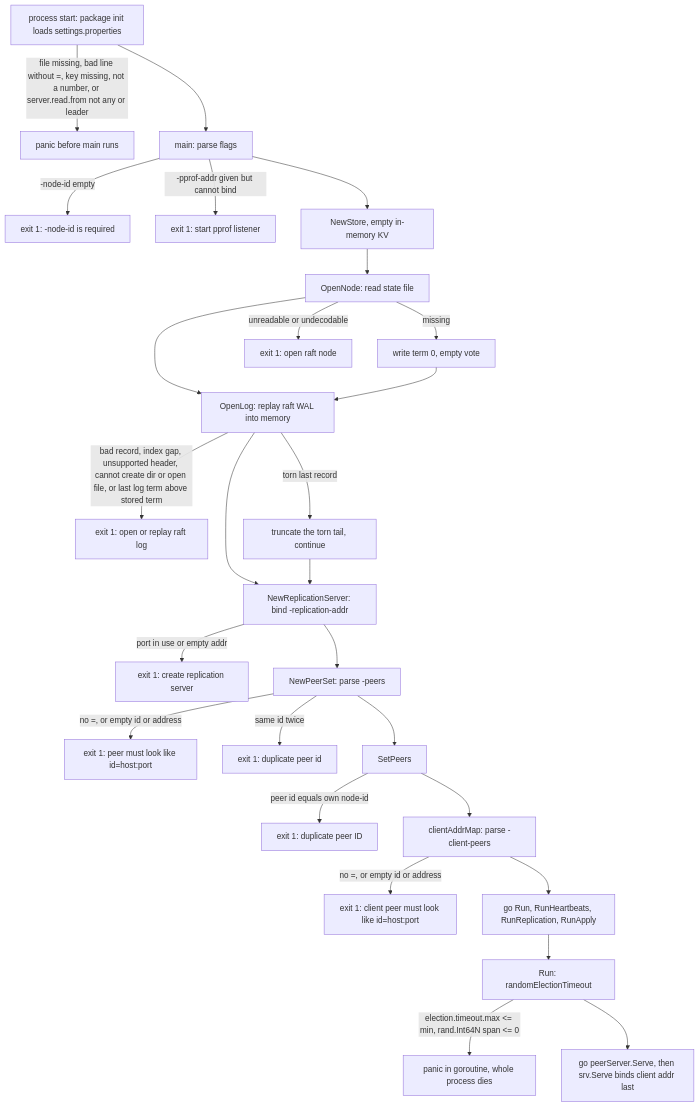
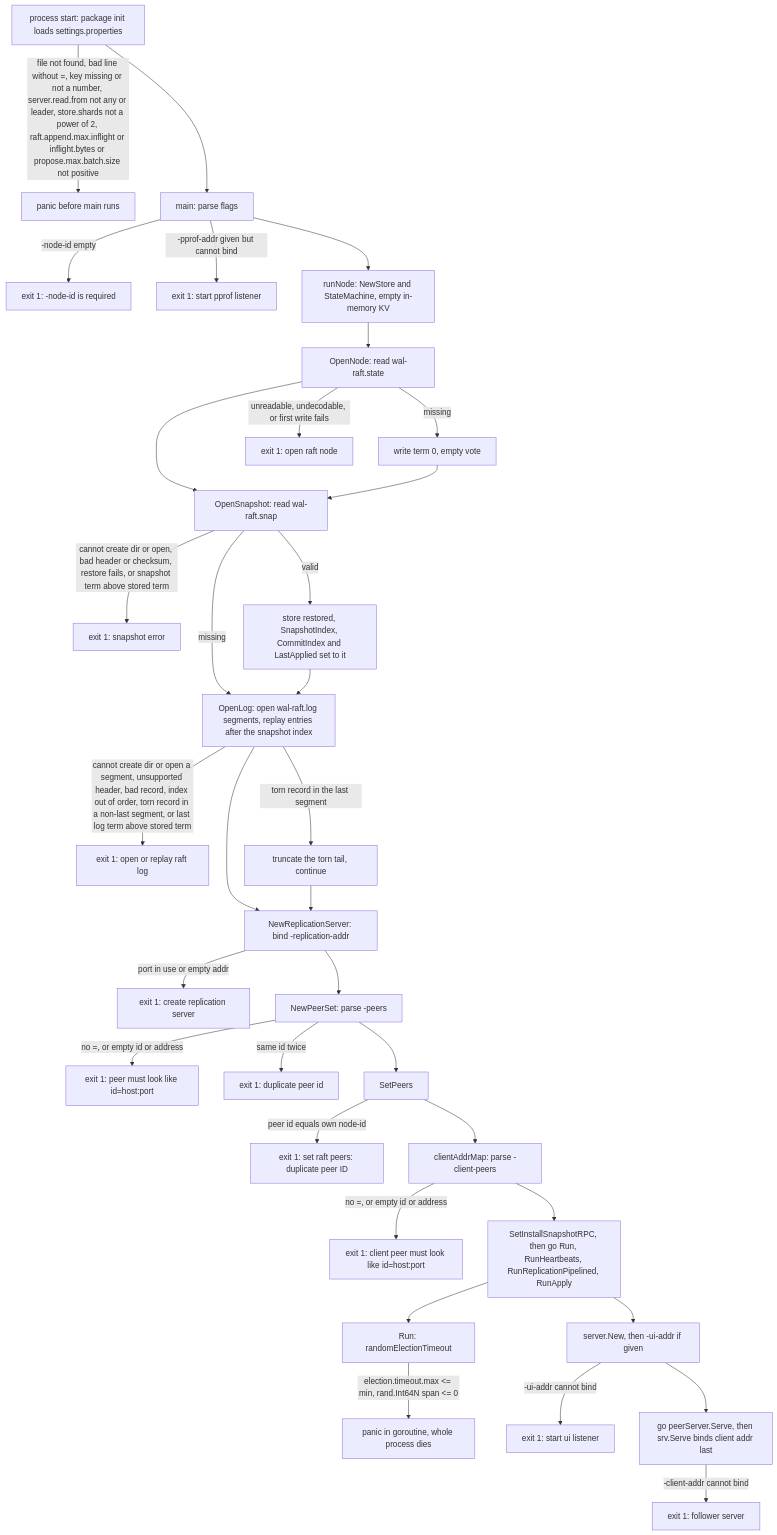
One commit to Tarun-Elango/hobbyDB changed the second of 8 diagrams in flow/4. cluster-startup-cases.md. Above: the diagram before and after it, drawn with Mermaid. The commit also changed other lines of this file and 8 other files, not shown here.

Commit message:
udpating results and state diagrams

````diff
--- a/flow/4. cluster-startup-cases.md
+++ b/flow/4. cluster-startup-cases.md
@@ -41,29 +45,36 @@
 ```mermaid
 flowchart TD
-    P0["process start: package init loads settings.properties"] -->|"file missing, bad line without =, key missing, not a number, or server.read.from not any or leader"| X0["panic before main runs"]
+    P0["process start: package init loads settings.properties"] -->|"file not found, bad line without =, key missing or not a number, server.read.from not any or leader, store.shards not a power of 2, raft.append.max.inflight or inflight.bytes or propose.max.batch.size not positive"| X0["panic before main runs"]
     P0 --> M["main: parse flags"]
     M -->|"-node-id empty"| E1["exit 1: -node-id is required"]
     M -->|"-pprof-addr given but cannot bind"| E0["exit 1: start pprof listener"]
-    M --> S1["NewStore, empty in-memory KV"]
-    S1 --> S2["OpenNode: read state file"]
+    M --> S1["runNode: NewStore and StateMachine, empty in-memory KV"]
+    S1 --> S2["OpenNode: read wal-raft.state"]
     S2 -->|"missing"| S2a["write term 0, empty vote"]
-    S2 -->|"unreadable or undecodable"| E2["exit 1: open raft node"]
-    S2 --> S3["OpenLog: replay raft WAL into memory"]
+    S2 -->|"unreadable, undecodable, or first write fails"| E2["exit 1: open raft node"]
+    S2 --> S3["OpenSnapshot: read wal-raft.snap"]
     S2a --> S3
-    S3 -->|"bad record, index gap, unsupported header, cannot create dir or open file, or last log term above stored term"| E3["exit 1: open or replay raft log"]
-    S3 -->|"torn last record"| S3a["truncate the torn tail, continue"]
-    S3 --> S4["NewReplicationServer: bind -replication-addr"]
+    S3 -->|"missing"| S4["OpenLog: open wal-raft.log segments, replay entries after the snapshot index"]
+    S3 -->|"cannot create dir or open, bad header or checksum, restore fails, or snapshot term above stored term"| E3["exit 1: snapshot error"]
+    S3 -->|"valid"| S3a["store restored, SnapshotIndex, CommitIndex and LastApplied set to it"]
     S3a --> S4
-    S4 -->|"port in use or empty addr"| E4["exit 1: create replication server"]
-    S4 --> S5["NewPeerSet: parse -peers"]
-    S5 -->|"no =, or empty id or address"| E5["exit 1: peer must look like id=host:port"]
-    S5 -->|"same id twice"| E6["exit 1: duplicate peer id"]
-    S5 --> S6["SetPeers"]
-    S6 -->|"peer id equals own node-id"| E7["exit 1: duplicate peer ID"]
-    S6 --> S7["clientAddrMap: parse -client-peers"]
-    S7 -->|"no =, or empty id or address"| E8["exit 1: client peer must look like id=host:port"]
-    S7 --> G["go Run, RunHeartbeats, RunReplication, RunApply"]
+    S4 -->|"cannot create dir or open a segment, unsupported header, bad record, index out of order, torn record in a non-last segment, or last log term above stored term"| E4["exit 1: open or replay raft log"]
+    S4 -->|"torn record in the last segment"| S4a["truncate the torn tail, continue"]
+    S4 --> S5["NewReplicationServer: bind -replication-addr"]
+    S4a --> S5
+    S5 -->|"port in use or empty addr"| E5["exit 1: create replication server"]
+    S5 --> S6["NewPeerSet: parse -peers"]
+    S6 -->|"no =, or empty id or address"| E6["exit 1: peer must look like id=host:port"]
+    S6 -->|"same id twice"| E7["exit 1: duplicate peer id"]
+    S6 --> S7["SetPeers"]
+    S7 -->|"peer id equals own node-id"| E8["exit 1: set raft peers: duplicate peer ID"]
+    S7 --> S8["clientAddrMap: parse -client-peers"]
+    S8 -->|"no =, or empty id or address"| E9["exit 1: client peer must look like id=host:port"]
+    S8 --> G["SetInstallSnapshotRPC, then go Run, RunHeartbeats, RunReplicationPipelined, RunApply"]
     G --> R0["Run: randomElectionTimeout"]
     R0 -->|"election.timeout.max <= min, rand.Int64N span <= 0"| X1["panic in goroutine, whole process dies"]
-    R0 --> OK["go peerServer.Serve, then srv.Serve binds client addr last"]
+    G --> U["server.New, then -ui-addr if given"]
+    U -->|"-ui-addr cannot bind"| E10["exit 1: start ui listener"]
+    U --> OK["go peerServer.Serve, then srv.Serve binds client addr last"]
+    OK -->|"-client-addr cannot bind"| E11["exit 1: follower server"]
 ```
````
